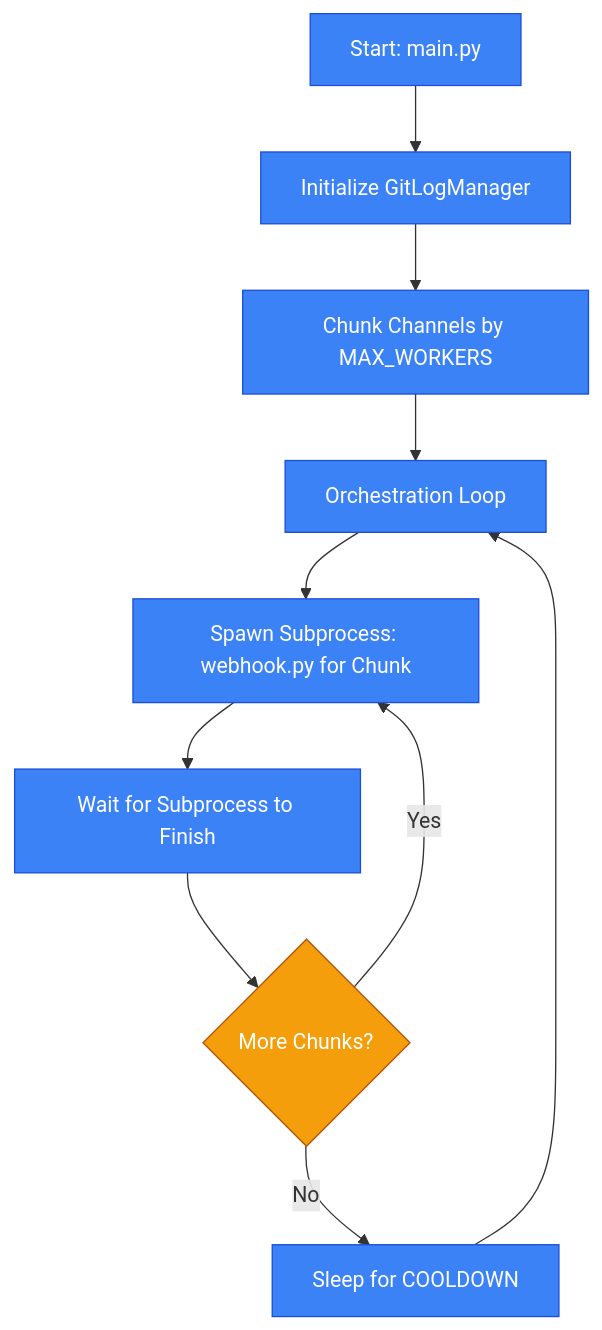
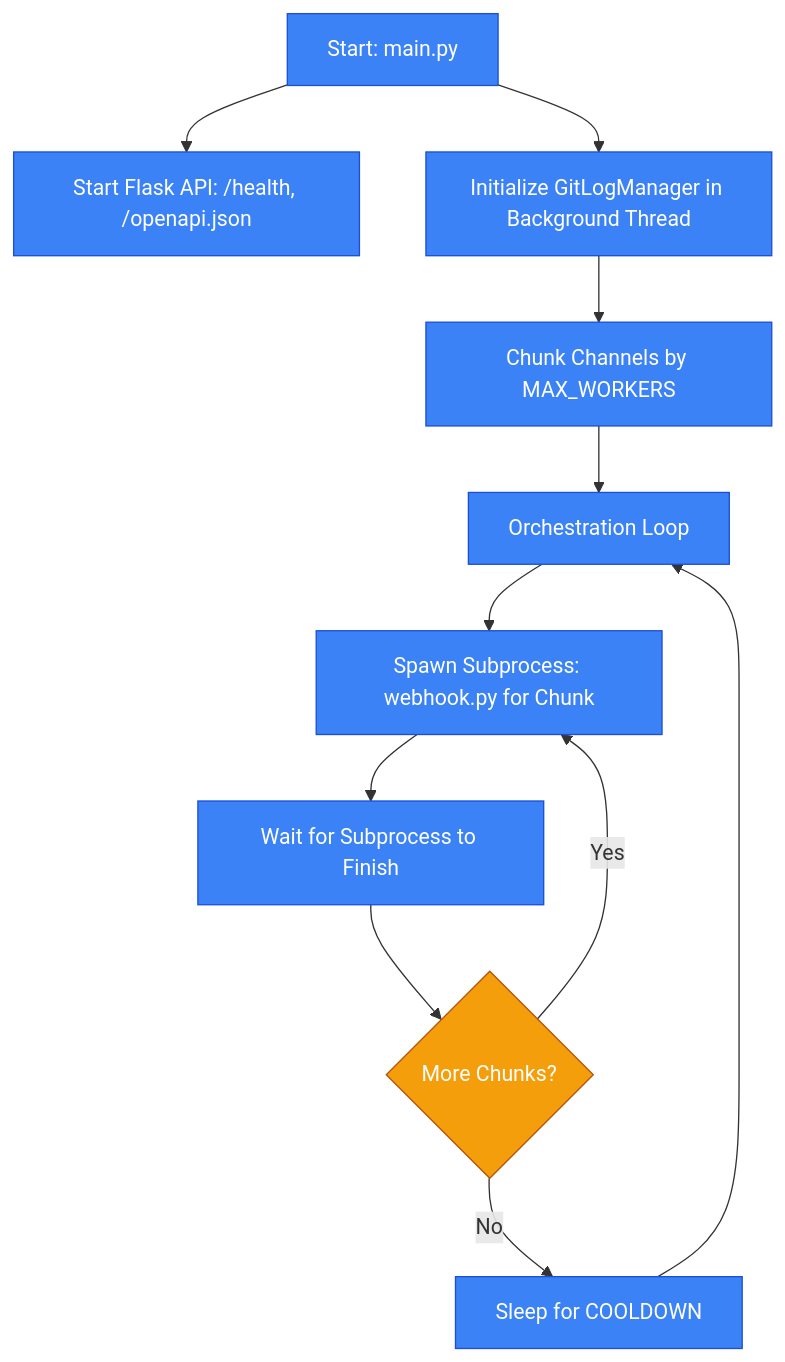
Before and after one commit to SimpNick6703/Disgram: the first of 2 diagrams in README.md, drawn with Mermaid. The commit also changed other lines of this file and 1 other file, not shown here.

````diff
--- a/README.md
+++ b/README.md
@@ -77,19 +77,20 @@
 ```mermaid
 graph TD
-    Start[Start: main.py] --> InitGit[Initialize GitLogManager]
+    Start[Start: main.py] --> StartFlask[Start Flask API: /health, /openapi.json]
+    Start --> InitGit[Initialize GitLogManager in Background Thread]
     InitGit --> ChunkChannels[Chunk Channels by MAX_WORKERS]
     ChunkChannels --> OrchestrationLoop["Orchestration Loop"]
     
     OrchestrationLoop --> SpawnChunk[Spawn Subprocess: webhook.py for Chunk]
     SpawnChunk --> WaitChunk[Wait for Subprocess to Finish]
     WaitChunk --> MoreChunks{"More Chunks?"}
     
     MoreChunks -- Yes --> SpawnChunk
     MoreChunks -- No --> Cooldown[Sleep for COOLDOWN]
     Cooldown --> OrchestrationLoop
 
     classDef proc fill:#3b82f6,stroke:#1d4ed8,color:#fff
     classDef decis fill:#f59e0b,stroke:#b45309,color:#fff
-    class Start,InitGit,ChunkChannels,OrchestrationLoop,SpawnChunk,WaitChunk,Cooldown proc
+    class Start,StartFlask,InitGit,ChunkChannels,OrchestrationLoop,SpawnChunk,WaitChunk,Cooldown proc
     class MoreChunks decis
 ```
````
